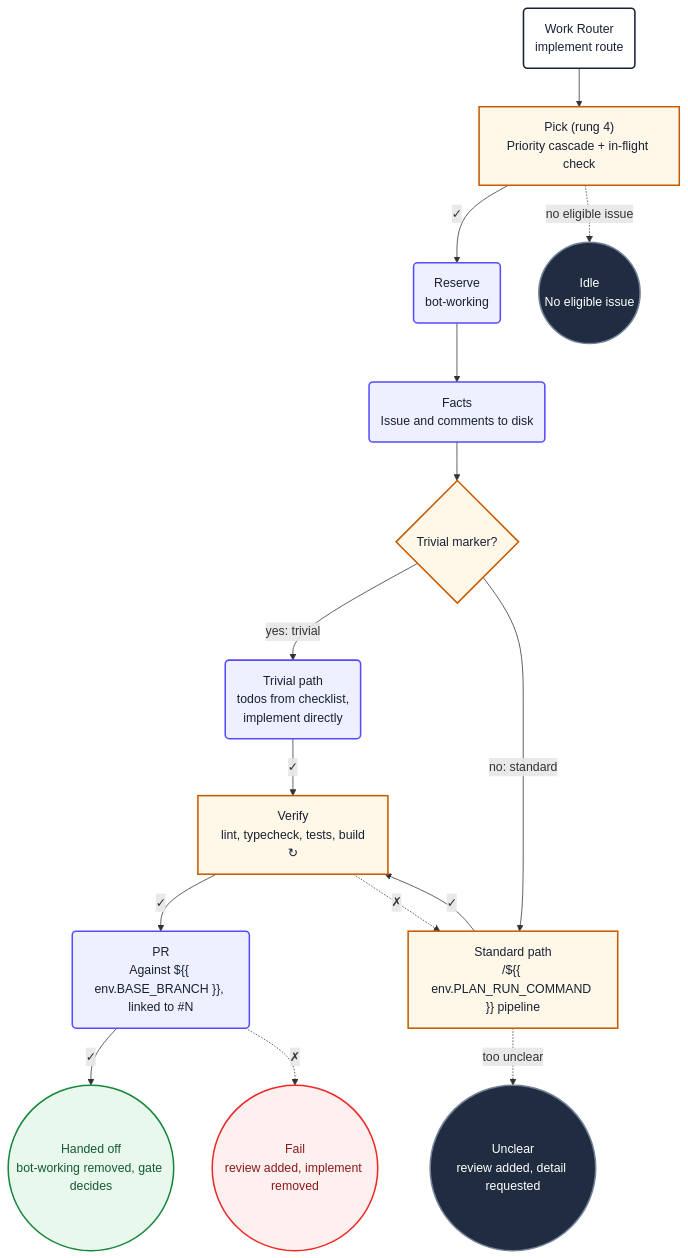
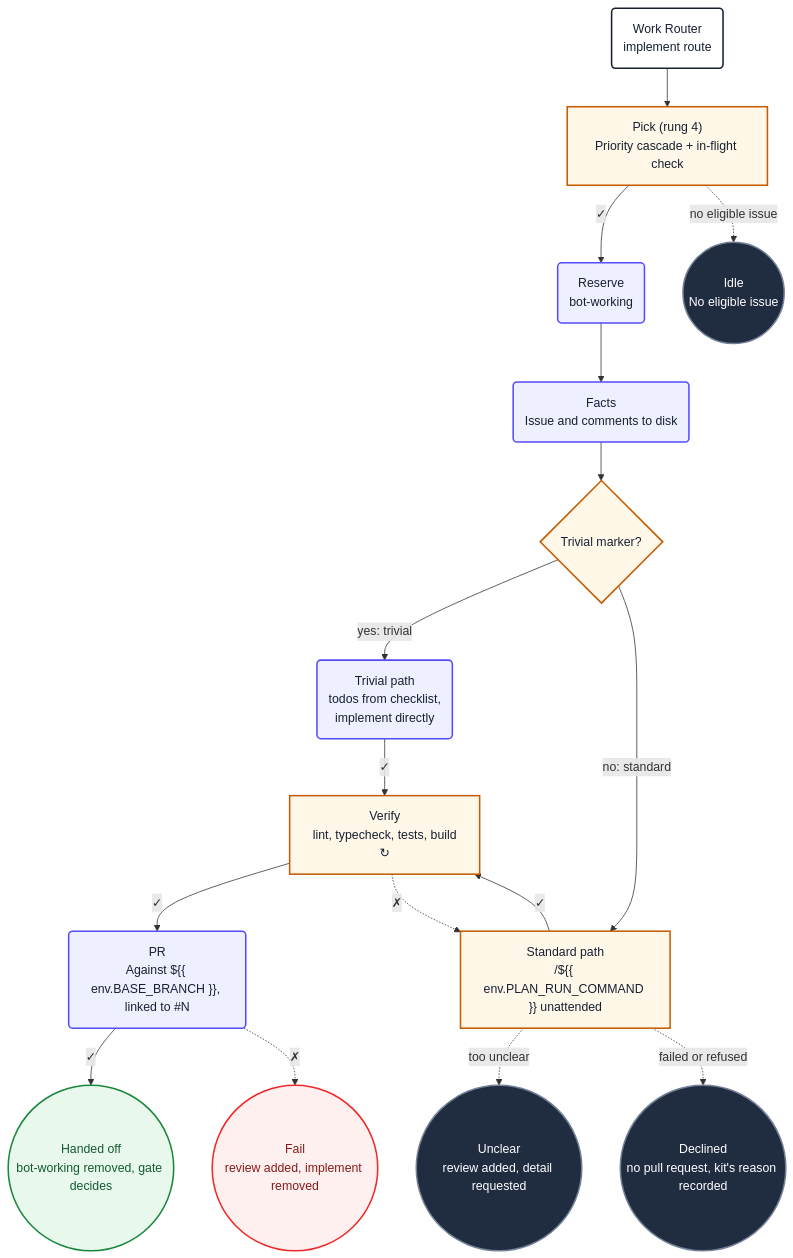
Before and after one commit to PersonalCorpAcc/agentic-loop-canary: the diagram in .github/workflows/agent-implement.md, drawn with Mermaid. The commit also changed other lines of this file and 77 other files, not shown here.

````diff
--- a/.github/workflows/agent-implement.md
+++ b/.github/workflows/agent-implement.md
@@ -762,35 +876,37 @@
 ```mermaid
 flowchart TD
     implStart("Work Router<br/>implement route") --> implPick
     implPick["Pick (rung 4)<br/>Priority cascade + in-flight check"] -->|✓| implReserve
     implPick -.->|no eligible issue| implIdle
     implReserve("Reserve<br/>bot-working") --> implFacts
     implFacts("Facts<br/>Issue and comments to disk") --> implCheck
     implCheck{"Trivial marker?"}
     implCheck -->|yes: trivial| implTodos
     implCheck -->|no: standard| implCode
     implTodos("Trivial path<br/>todos from checklist,<br/>implement directly") -->|✓| implVerify
-    implCode["Standard path<br/>/${{ env.PLAN_RUN_COMMAND }} pipeline"] -->|✓| implVerify
+    implCode["Standard path<br/>/${{ env.PLAN_RUN_COMMAND }} unattended"] -->|✓| implVerify
     implCode -.->|too unclear| implUnclear
+    implCode -.->|failed or refused| implDeclined
     implVerify["Verify<br/>lint, typecheck, tests, build<br/>↻"] -->|✓| implPr
     implVerify -.->|✗| implCode
     implPr("PR<br/>Against ${{ env.BASE_BRANCH }}, linked to #N") -->|✓| implHandoff
     implPr -.->|✗| implFail
     implHandoff(("Handed off<br/>bot-working removed, gate decides"))
     implUnclear(("Unclear<br/>review added, detail requested"))
+    implDeclined(("Declined<br/>no pull request, kit's reason recorded"))
     implIdle(("Idle<br/>No eligible issue"))
     implFail(("Fail<br/>review added, implement removed"))
 
     classDef start fill:#ffffff,stroke:#172033,stroke-width:2px,color:#172033
     classDef action fill:#eef0ff,stroke:#554cff,stroke-width:2px,color:#172033
     classDef decision fill:#fff8e8,stroke:#c75b00,stroke-width:2px,color:#172033
     classDef idle fill:#202c40,stroke:#738198,stroke-width:2px,color:#ffffff
     classDef failure fill:#fff0f0,stroke:#ef2929,stroke-width:2px,color:#8b1a1a
     classDef success fill:#e8f8ec,stroke:#18883c,stroke-width:2px,color:#145a32
     class implStart start
     class implReserve,implFacts,implTodos,implPr action
     class implPick,implCode,implVerify,implCheck decision
-    class implIdle,implUnclear idle
+    class implIdle,implUnclear,implDeclined idle
     class implFail failure
     class implHandoff success
 ```
````
